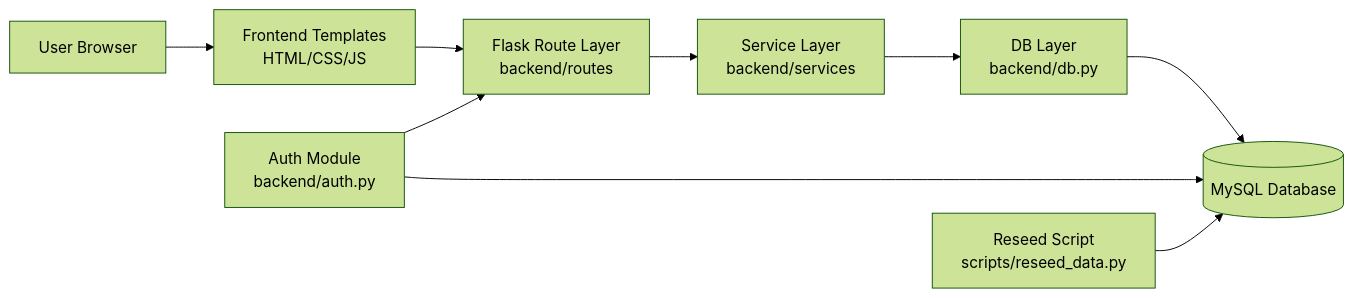
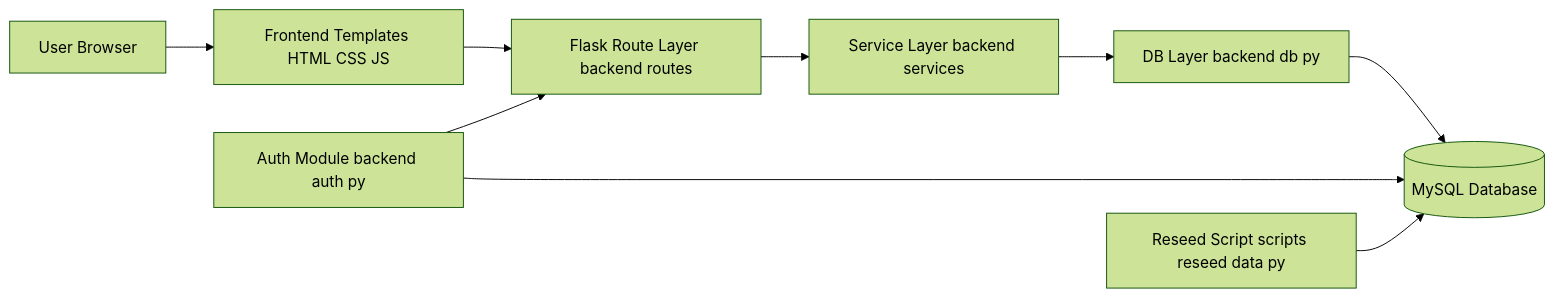
The first of 3 diagrams in BLOCK_DIAGRAM.md (shrs425p/Patient-Record-System), drawn with Mermaid (forest theme) before and after one commit. The commit also changed other lines of this file, not shown here.

````diff
--- a/BLOCK_DIAGRAM.md
+++ b/BLOCK_DIAGRAM.md
@@ -5,13 +5,13 @@
 ```mermaid
 flowchart LR
-    U[User Browser] --> V[Frontend Templates<br/>HTML/CSS/JS]
-    V --> R[Flask Route Layer<br/>backend/routes]
-    R --> S[Service Layer<br/>backend/services]
-    S --> D[DB Layer<br/>backend/db.py]
+    U[User Browser] --> V[Frontend Templates HTML CSS JS]
+    V --> R[Flask Route Layer backend routes]
+    R --> S[Service Layer backend services]
+    S --> D[DB Layer backend db py]
     D --> M[(MySQL Database)]
 
-    A[Auth Module<br/>backend/auth.py] --> R
+    A[Auth Module backend auth py] --> R
     A --> M
 
-    Z[Reseed Script<br/>scripts/reseed_data.py] --> M
+    Z[Reseed Script scripts reseed data py] --> M
 ```
````
